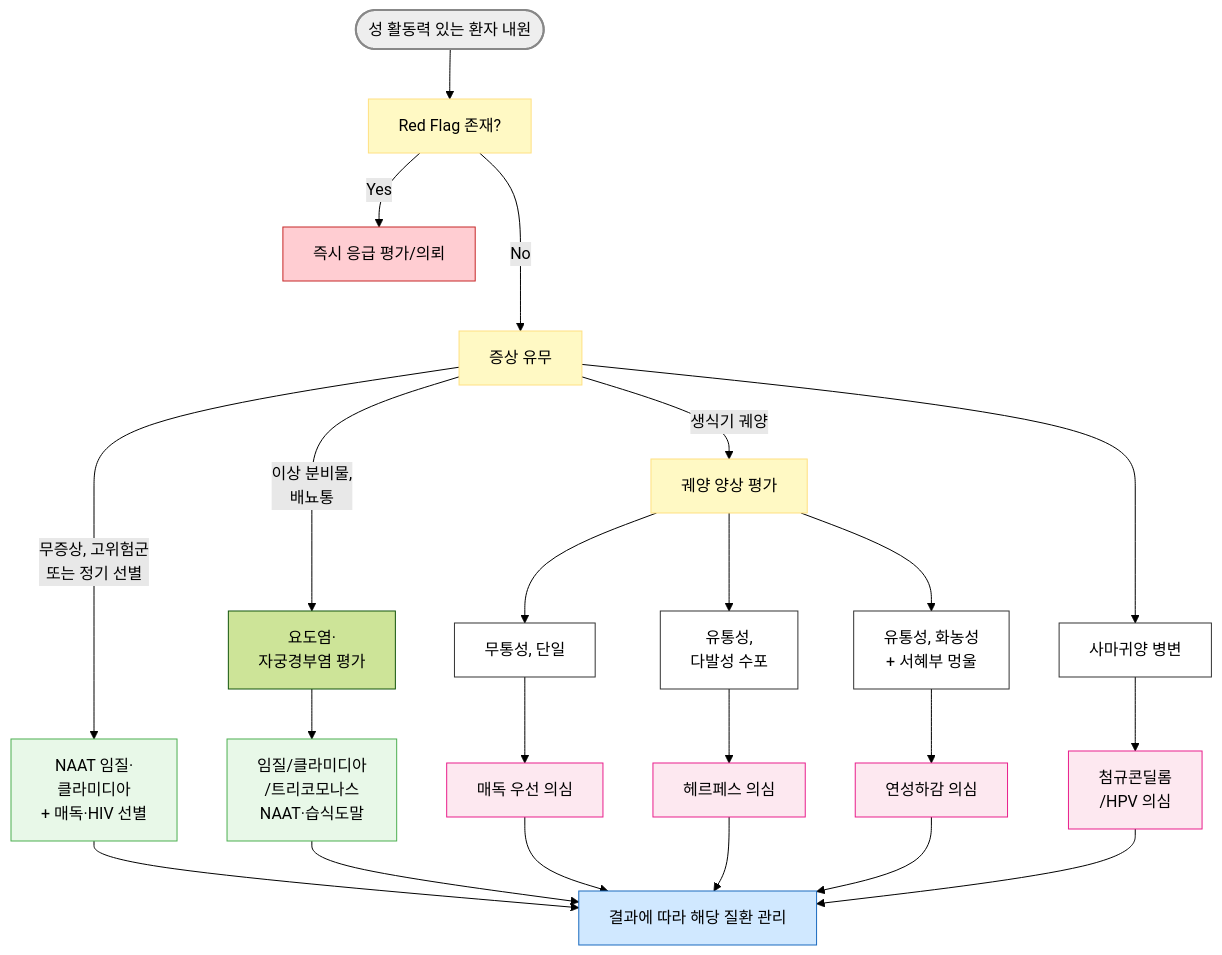
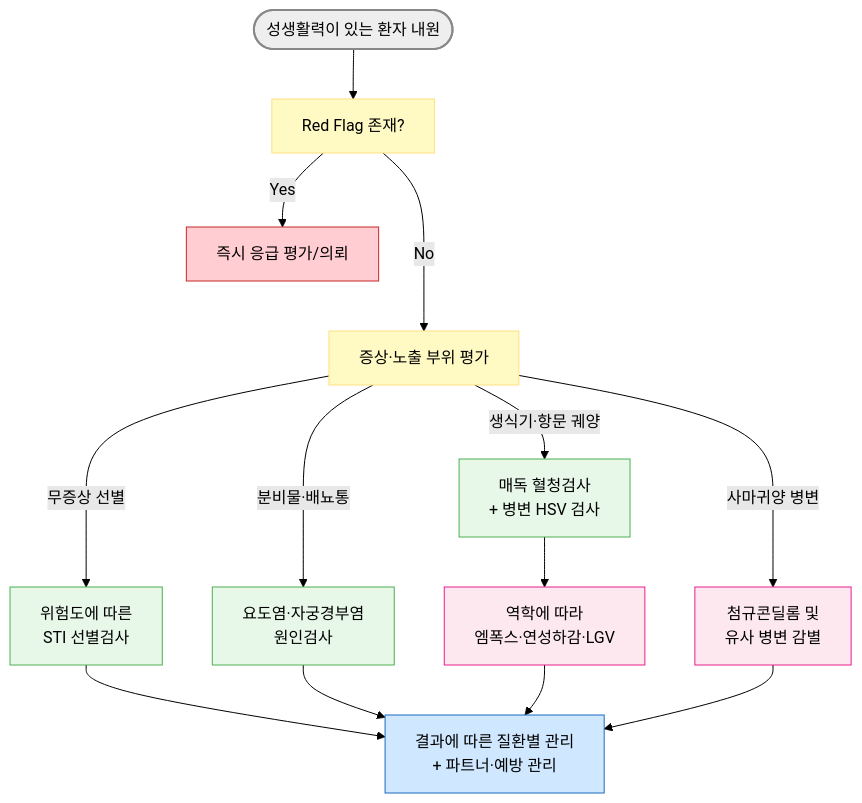
The diagram in 227_/115_-1.STI.md (familyoh77/familyoh77), drawn with Mermaid (forest theme) before and after one commit. The commit also changed other lines of this file and 7 other files, not shown here.

````diff
--- a/227_/115_-1.STI.md
+++ b/227_/115_-1.STI.md
@@ -100,31 +117,24 @@
 ```mermaid
 graph TD
-    A([성 활동력 있는 환자 내원]) --> B[Red Flag 존재?]
+    A([성생활력이 있는 환자 내원]) --> B[Red Flag 존재?]
     B -- Yes --> C[즉시 응급 평가/의뢰]
-    B -- No ---> D[증상 유무]
-    D -- 무증상, 고위험군 <br/>또는 정기 선별 --> E[NAAT 임질·<br/>클라미디아 <br/>+ 매독·HIV 선별]
-    D -- 이상 분비물, <br/>배뇨통 --> F[요도염·<br/>자궁경부염 평가]
-    F --> F1[임질/클라미디아<br/>/트리코모나스 <br/>NAAT·습식도말]
-    D -- 생식기 궤양 --> G[궤양 양상 평가]
-    G --> G11[무통성, 단일] --> G1[매독 우선 의심]
-    G --> G12[유통성, <br/>다발성 수포] --> G2[헤르페스 의심]
-    G --> G13[유통성, 화농성 <br/>+ 서혜부 멍울] --> G3[연성하감 의심]
-    D --> H0[사마귀양 병변] --> H[첨규콘딜롬<br/>/HPV 의심]
-    E --> I[결과에 따라 해당 질환 관리]
-    F1 --> I
+    B -- No ---> D[증상·노출 부위 평가]
+    D -- 무증상 선별 --> E[위험도에 따른<br/>STI 선별검사]
+    D -- 분비물·배뇨통 --> F[요도염·자궁경부염<br/>원인검사]
+    D -- 생식기·항문 궤양 --> G[매독 혈청검사<br/>+ 병변 HSV 검사]
+    G --> G1[역학에 따라<br/>엠폭스·연성하감·LGV]
+    D -- 사마귀양 병변 --> H[첨규콘딜롬 및<br/>유사 병변 감별]
+    E --> I[결과에 따른 질환별 관리<br/>+ 파트너·예방 관리]
+    F --> I
     G1 --> I
-    G2 --> I
-    G3 --> I
     H --> I
 style A fill:#eeeeee,stroke:#888888,stroke-width:2px
 classDef yellow fill:#fff9c4,stroke:#ffe082
-class B,D,G yellow
+class B,D yellow
 style C fill:#ffcdd2,stroke:#c62828
 classDef lightGreen fill:#e8f8e8,stroke:#4caf50
-class F1,E lightGreen
+class E,F,G lightGreen
 style I fill:#d0e8ff,stroke:#1a6abf
-classDef white fill:#fff,stroke:#333
-class G11,G12,G13,H0 white
 classDef pink fill:#fde8f0,stroke:#e91e8c
-class G1,G2,G3,H pink
+class G1,H pink
 ```
````
